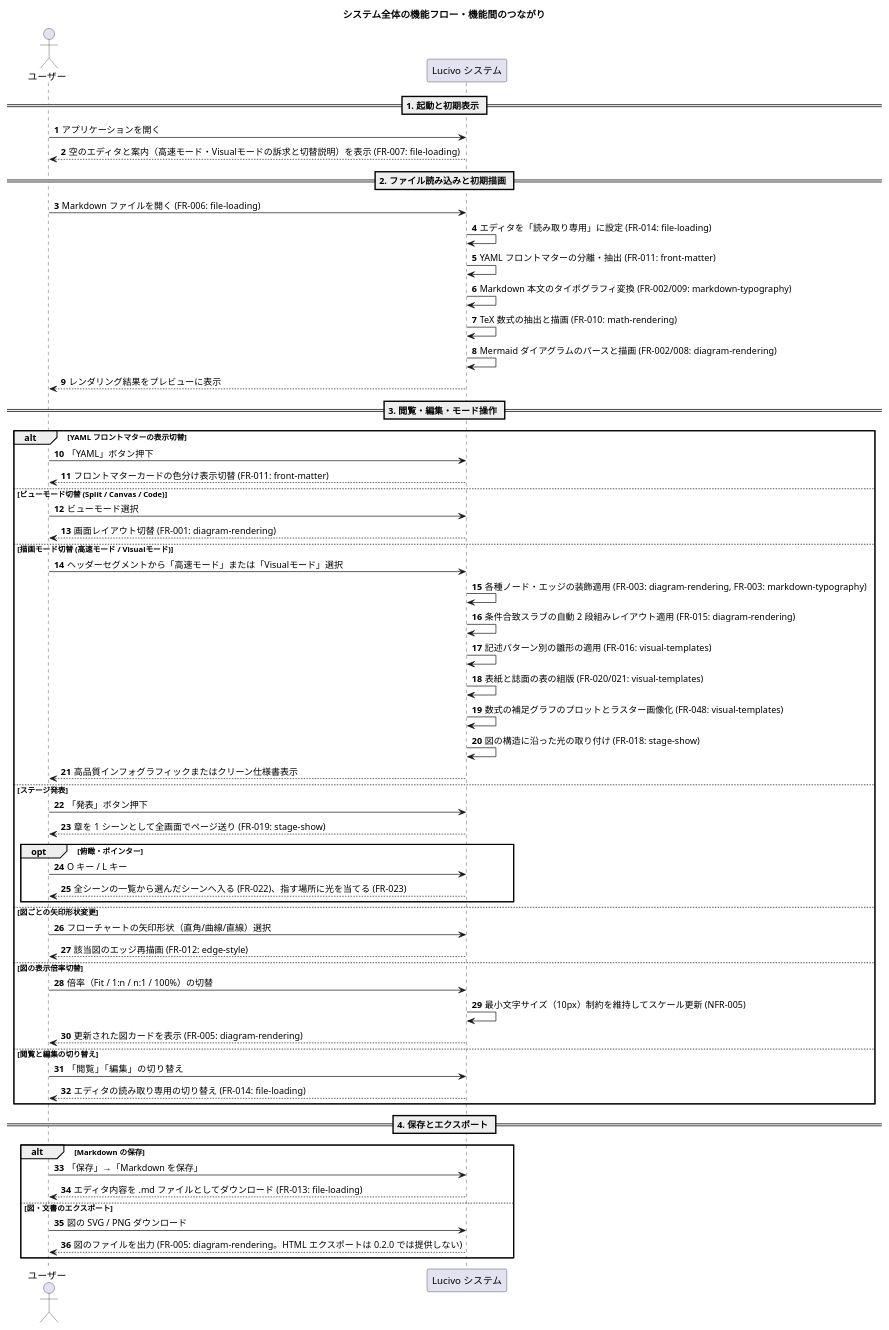
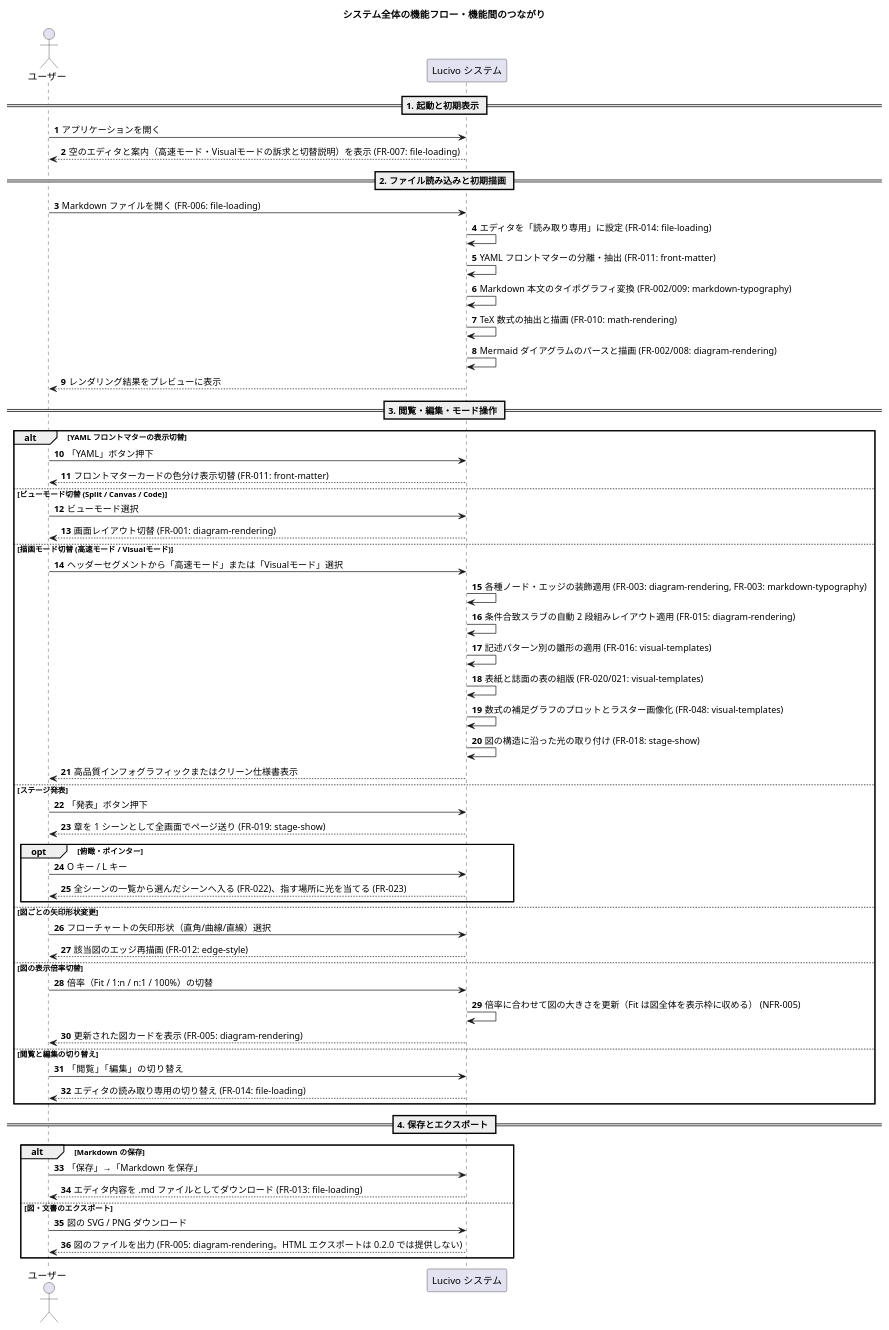
One commit to prankster-freedom/Lucivo changed the second of 2 diagrams in doc/1.SRS.md. Above: the diagram before and after it, drawn with PlantUML. The commit also changed other lines of this file and 10 other files, not shown here.

First line of the commit message:
doc(diagram): Fit の文字の下限をなくした要求・設計・テスト仕様を書く (Ref #433)

````diff
--- a/doc/1.SRS.md
+++ b/doc/1.SRS.md
@@ -134,65 +134,65 @@
 ```plantuml
 @startuml
 title システム全体の機能フロー・機能間のつながり
 autonumber
 actor "ユーザー" as User
 participant "Lucivo システム" as App
 
 == 1. 起動と初期表示 ==
 User -> App: アプリケーションを開く
 App --> User: 空のエディタと案内（高速モード・Visualモードの訴求と切替説明）を表示 (FR-007: file-loading)
 
 == 2. ファイル読み込みと初期描画 ==
 User -> App: Markdown ファイルを開く (FR-006: file-loading)
 App -> App: エディタを「読み取り専用」に設定 (FR-014: file-loading)
 App -> App: YAML フロントマターの分離・抽出 (FR-011: front-matter)
 App -> App: Markdown 本文のタイポグラフィ変換 (FR-002/009: markdown-typography)
 App -> App: TeX 数式の抽出と描画 (FR-010: math-rendering)
 App -> App: Mermaid ダイアグラムのパースと描画 (FR-002/008: diagram-rendering)
 App --> User: レンダリング結果をプレビューに表示
 
 == 3. 閲覧・編集・モード操作 ==
 alt YAML フロントマターの表示切替
   User -> App: 「YAML」ボタン押下
   App --> User: フロントマターカードの色分け表示切替 (FR-011: front-matter)
 else ビューモード切替 (Split / Canvas / Code)
   User -> App: ビューモード選択
   App --> User: 画面レイアウト切替 (FR-001: diagram-rendering)
 else 描画モード切替 (高速モード / Visualモード)
   User -> App: ヘッダーセグメントから「高速モード」または「Visualモード」選択
   App -> App: 各種ノード・エッジの装飾適用 (FR-003: diagram-rendering, FR-003: markdown-typography)
   App -> App: 条件合致スラブの自動 2 段組みレイアウト適用 (FR-015: diagram-rendering)
   App -> App: 記述パターン別の雛形の適用 (FR-016: visual-templates)
   App -> App: 表紙と誌面の表の組版 (FR-020/021: visual-templates)
   App -> App: 数式の補足グラフのプロットとラスター画像化 (FR-048: visual-templates)
   App -> App: 図の構造に沿った光の取り付け (FR-018: stage-show)
   App --> User: 高品質インフォグラフィックまたはクリーン仕様書表示
 else ステージ発表
   User -> App: 「発表」ボタン押下
   App --> User: 章を 1 シーンとして全画面でページ送り (FR-019: stage-show)
   opt 俯瞰・ポインター
     User -> App: O キー / L キー
     App --> User: 全シーンの一覧から選んだシーンへ入る (FR-022)、指す場所に光を当てる (FR-023)
   end
 else 図ごとの矢印形状変更
   User -> App: フローチャートの矢印形状（直角/曲線/直線）選択
   App --> User: 該当図のエッジ再描画 (FR-012: edge-style)
 else 図の表示倍率切替
   User -> App: 倍率（Fit / 1:n / n:1 / 100%）の切替
-  App -> App: 最小文字サイズ（10px）制約を維持してスケール更新 (NFR-005)
+  App -> App: 倍率に合わせて図の大きさを更新（Fit は図全体を表示枠に収める） (NFR-005)
   App --> User: 更新された図カードを表示 (FR-005: diagram-rendering)
 else 閲覧と編集の切り替え
   User -> App: 「閲覧」「編集」の切り替え
   App --> User: エディタの読み取り専用の切り替え (FR-014: file-loading)
 end
 
 == 4. 保存とエクスポート ==
 alt Markdown の保存
   User -> App: 「保存」→「Markdown を保存」
   App --> User: エディタ内容を .md ファイルとしてダウンロード (FR-013: file-loading)
 else 図・文書のエクスポート
   User -> App: 図の SVG / PNG ダウンロード
   App --> User: 図のファイルを出力 (FR-005: diagram-rendering。HTML エクスポートは 0.2.0 では提供しない)
 end
 @enduml
 ```
````
